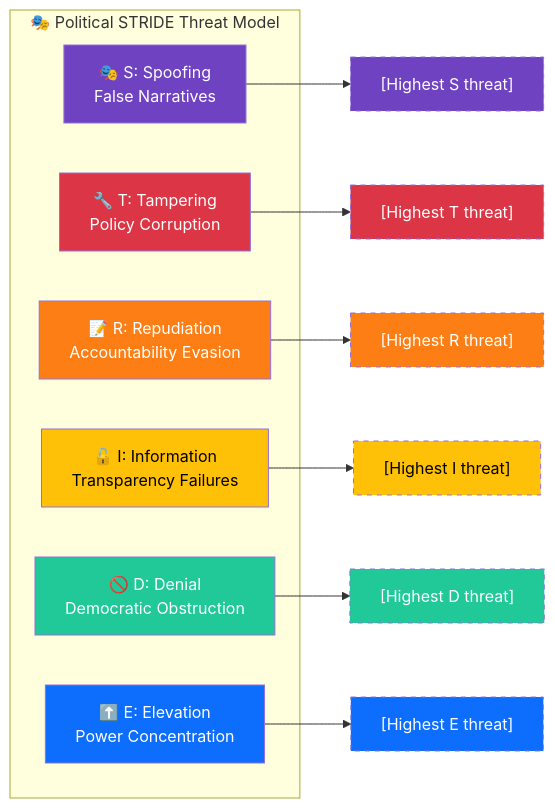
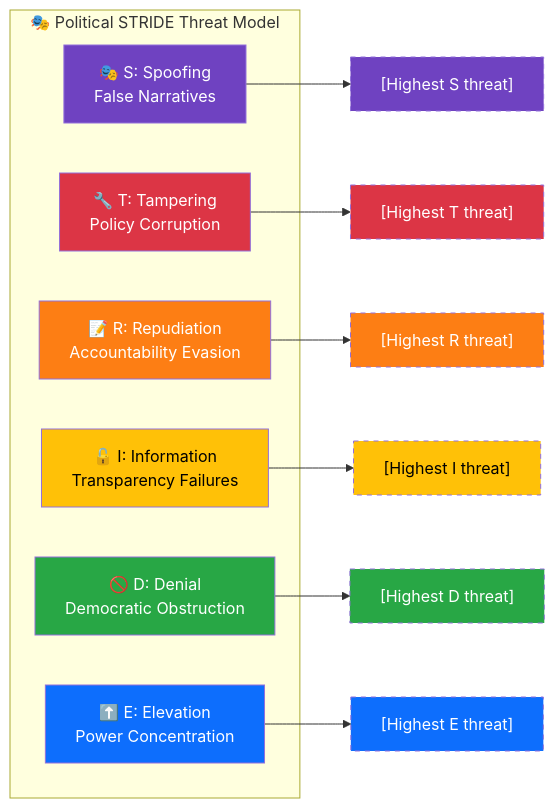
Before and after one commit to Hack23/riksdagsmonitor: the diagram in analysis/templates/threat-analysis.md, drawn with Mermaid. The commit also changed other lines of this file and 3 other files, not shown here.

````diff
--- a/analysis/templates/threat-analysis.md
+++ b/analysis/templates/threat-analysis.md
@@ -47,31 +47,31 @@
 ```mermaid
 graph LR
     subgraph "🎭 Political STRIDE Threat Model"
         S["🎭 S: Spoofing<br/>False Narratives"]
         T["🔧 T: Tampering<br/>Policy Corruption"]
         R["📝 R: Repudiation<br/>Accountability Evasion"]
         I["🔓 I: Information<br/>Transparency Failures"]
         D["🚫 D: Denial<br/>Democratic Obstruction"]
         E["⬆️ E: Elevation<br/>Power Concentration"]
     end
 
     S --> S1["[Highest S threat]"]
     T --> T1["[Highest T threat]"]
     R --> R1["[Highest R threat]"]
     I --> I1["[Highest I threat]"]
     D --> D1["[Highest D threat]"]
     E --> E1["[Highest E threat]"]
 
     style S fill:#6f42c1,color:#fff
     style T fill:#dc3545,color:#fff
     style R fill:#fd7e14,color:#fff
     style I fill:#ffc107,color:#000
-    style D fill:#20c997,color:#fff
+    style D fill:#28a745,color:#fff
     style E fill:#0d6efd,color:#fff
     style S1 fill:#6f42c1,color:#fff,stroke-dasharray: 5 5
     style T1 fill:#dc3545,color:#fff,stroke-dasharray: 5 5
     style R1 fill:#fd7e14,color:#fff,stroke-dasharray: 5 5
     style I1 fill:#ffc107,color:#000,stroke-dasharray: 5 5
-    style D1 fill:#20c997,color:#fff,stroke-dasharray: 5 5
+    style D1 fill:#28a745,color:#fff,stroke-dasharray: 5 5
     style E1 fill:#0d6efd,color:#fff,stroke-dasharray: 5 5
 ```
````
